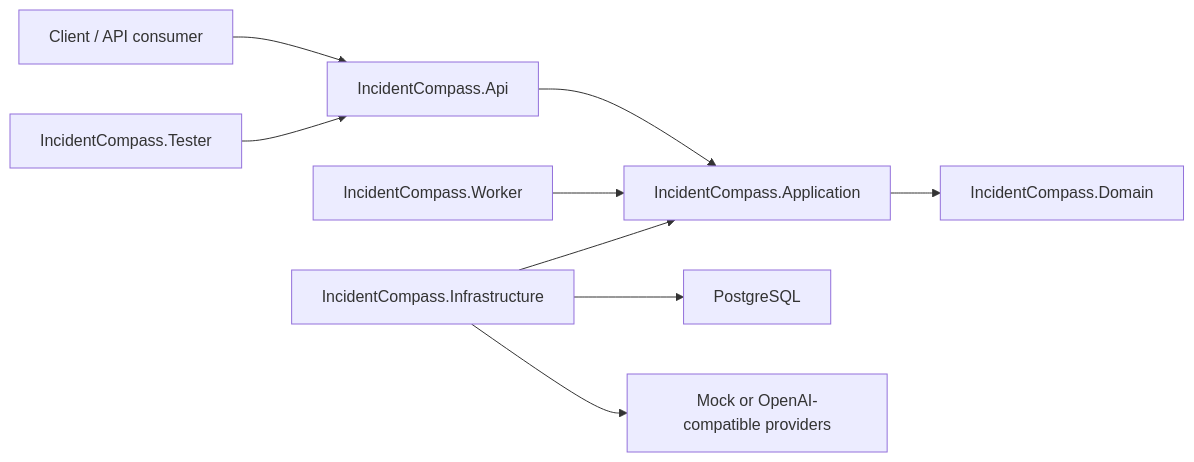
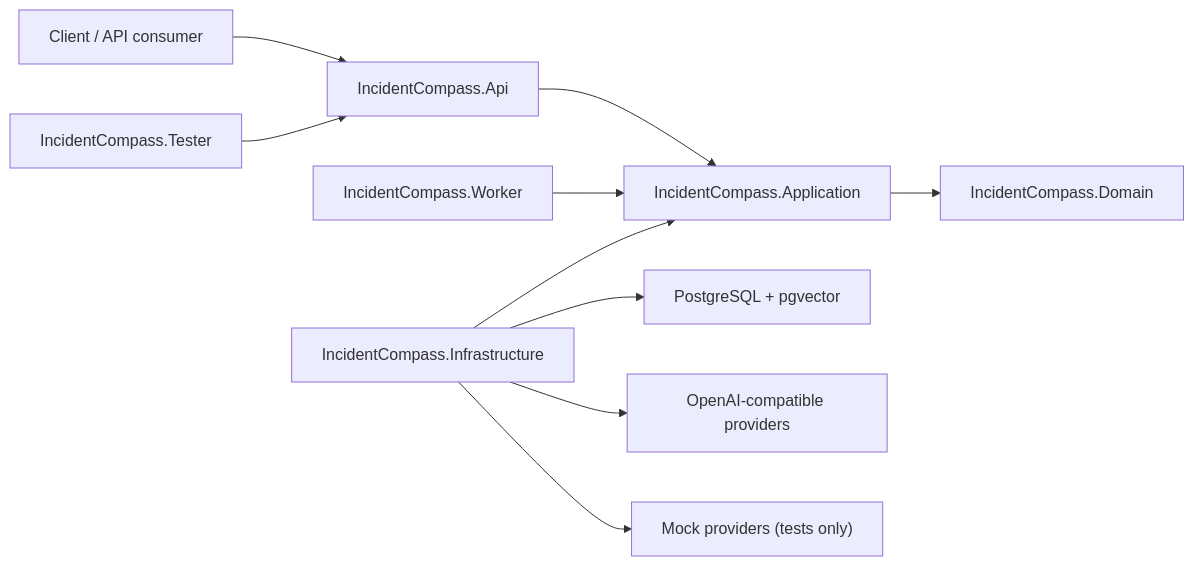
Before and after one commit to MelfusX/IncidentCompass: the diagram in README.md, drawn with Mermaid. The commit also changed other lines of this file and 316 other files, not shown here.

```diff
--- a/README.md
+++ b/README.md
@@ -44,11 +99,12 @@
 ~~~mermaid
 flowchart LR
     Client["Client / API consumer"] --> Api["IncidentCompass.Api"]
     Tester["IncidentCompass.Tester"] --> Api
     Api --> App["IncidentCompass.Application"]
     Worker["IncidentCompass.Worker"] --> App
     App --> Domain["IncidentCompass.Domain"]
     Infrastructure["IncidentCompass.Infrastructure"] --> App
-    Infrastructure --> Postgres["PostgreSQL"]
-    Infrastructure --> Providers["Mock or OpenAI-compatible providers"]
+    Infrastructure --> Postgres["PostgreSQL + pgvector"]
+    Infrastructure --> Providers["OpenAI-compatible providers"]
+    Infrastructure --> TestProviders["Mock providers (tests only)"]
 ~~~
```
